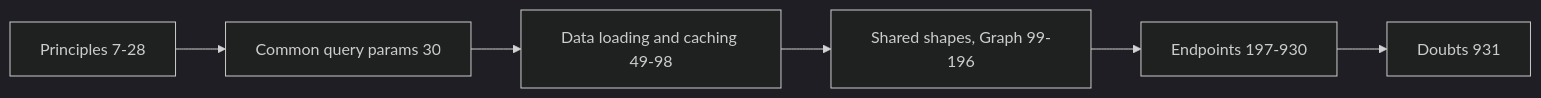
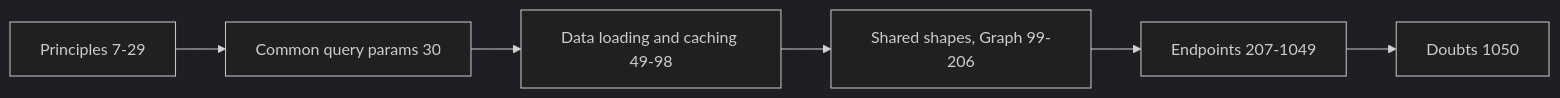
One commit to darshanmeel/snowflake-access-explorer changed the diagram in snowflake-access-explorer-knowledge-graph/documents/web-api-md.md. Above: the diagram before and after it, drawn with Mermaid (dark theme). The commit also changed other lines of this file and 86 other files, not shown here.

First line of the commit message:
Knowledge graph up to a71221c: paged pages, lazy graph boxes, read order, What changed at refresh, load steps

````diff
--- a/snowflake-access-explorer-knowledge-graph/documents/web-api-md.md
+++ b/snowflake-access-explorer-knowledge-graph/documents/web-api-md.md
@@ -4,8 +4,8 @@
 ```mermaid
 flowchart LR
-  P[Principles 7-28] --> Q[Common query params 30]
+  P[Principles 7-29] --> Q[Common query params 30]
   Q --> L[Data loading and caching 49-98]
-  L --> S[Shared shapes, Graph 99-196]
-  S --> E[Endpoints 197-930]
-  E --> D[Doubts 931]
+  L --> S[Shared shapes, Graph 99-206]
+  S --> E[Endpoints 207-1049]
+  E --> D[Doubts 1050]
 ```
````
